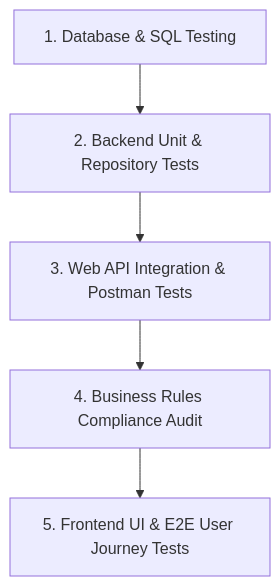
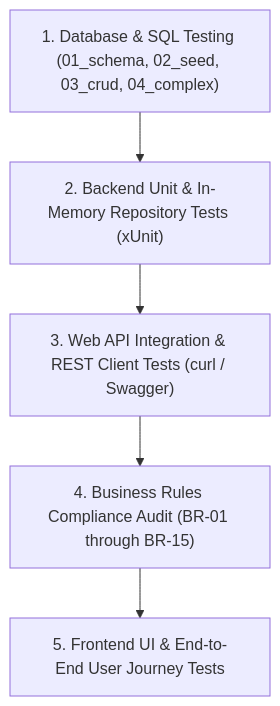
Before and after one commit to arif-z04/KajBazar: the diagram in docs/Testing-procedure.md, drawn with Mermaid. The commit also changed other lines of this file and 92 other files, not shown here.

````diff
--- a/docs/Testing-procedure.md
+++ b/docs/Testing-procedure.md
@@ -9,7 +9,7 @@
 ```mermaid
 flowchart TD
-    T1[1. Database & SQL Testing] --> T2[2. Backend Unit & Repository Tests]
-    T2 --> T3[3. Web API Integration & Postman Tests]
-    T3 --> T4[4. Business Rules Compliance Audit]
-    T4 --> T5[5. Frontend UI & E2E User Journey Tests]
+    T1["1. Database & SQL Testing (01_schema, 02_seed, 03_crud, 04_complex)"] --> T2["2. Backend Unit & In-Memory Repository Tests (xUnit)"]
+    T2 --> T3["3. Web API Integration & REST Client Tests (curl / Swagger)"]
+    T3 --> T4["4. Business Rules Compliance Audit (BR-01 through BR-15)"]
+    T4 --> T5["5. Frontend UI & End-to-End User Journey Tests"]
 ```
````
